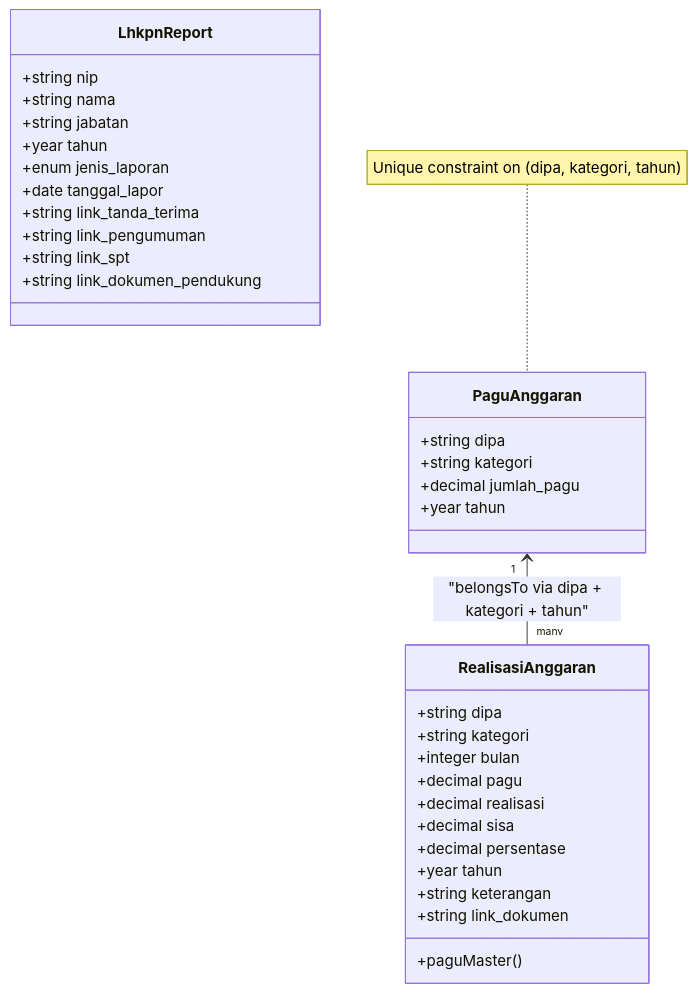
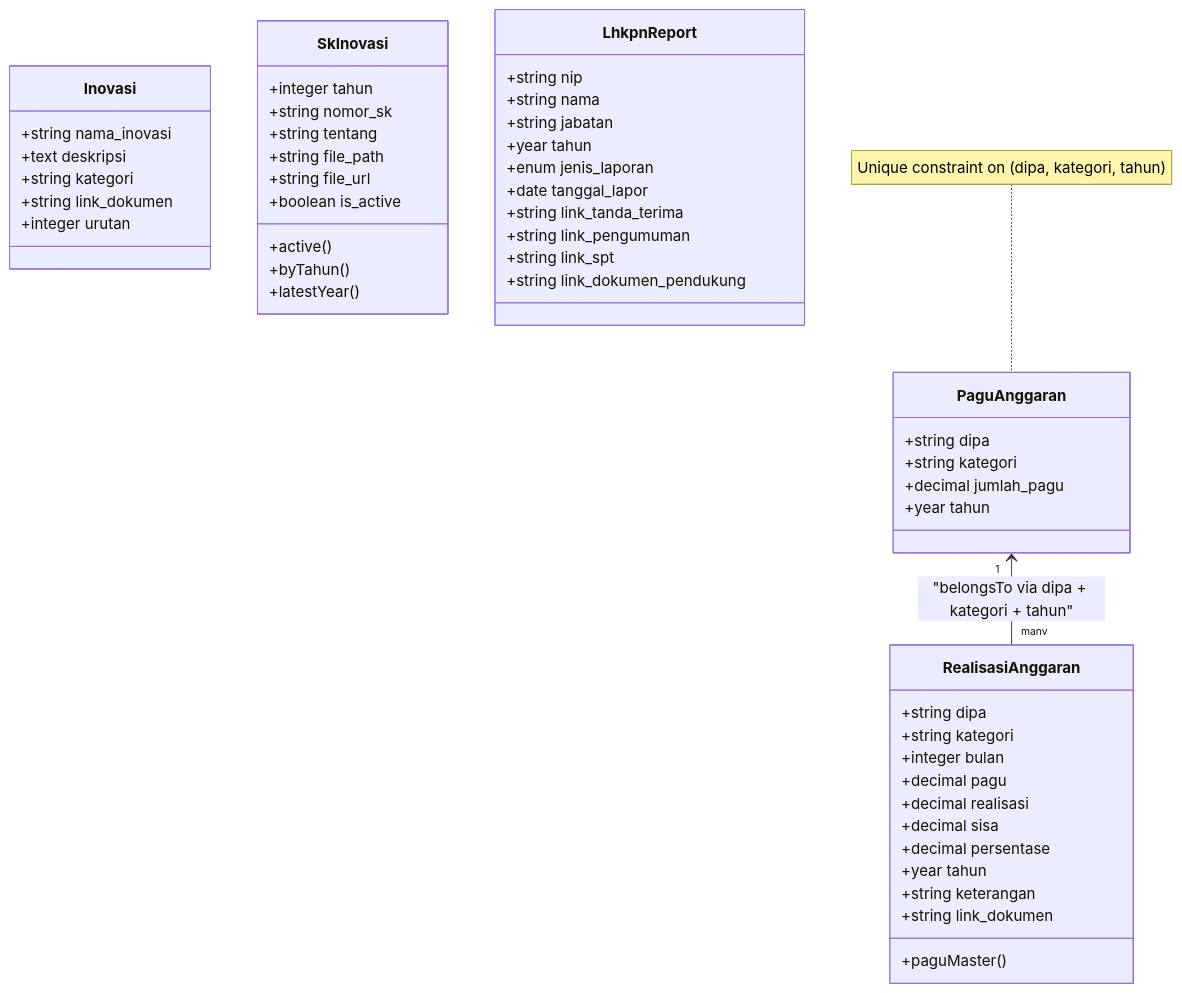
The second of 3 diagrams in .qoder/repowiki/en/content/Database Design/Core Models/Core Models.md (backuppapnj/api-web), drawn with Mermaid before and after one commit. The commit also changed other lines of this file and 13 other files, not shown here.

````diff
--- a/.qoder/repowiki/en/content/Database Design/Core Models/Core Models.md
+++ b/.qoder/repowiki/en/content/Database Design/Core Models/Core Models.md
@@ -141,36 +174,54 @@
 ```mermaid
 classDiagram
 class PaguAnggaran {
 +string dipa
 +string kategori
 +decimal jumlah_pagu
 +year tahun
 }
 class RealisasiAnggaran {
 +string dipa
 +string kategori
 +integer bulan
 +decimal pagu
 +decimal realisasi
 +decimal sisa
 +decimal persentase
 +year tahun
 +string keterangan
 +string link_dokumen
 +paguMaster()
 }
+class Inovasi {
++string nama_inovasi
++text deskripsi
++string kategori
++string link_dokumen
++integer urutan
+}
+class SkInovasi {
++integer tahun
++string nomor_sk
++string tentang
++string file_path
++string file_url
++boolean is_active
++active()
++byTahun()
++latestYear()
+}
 class LhkpnReport {
 +string nip
 +string nama
 +string jabatan
 +year tahun
 +enum jenis_laporan
 +date tanggal_lapor
 +string link_tanda_terima
 +string link_pengumuman
 +string link_spt
 +string link_dokumen_pendukung
 }
 PaguAnggaran "1" <-- "many" RealisasiAnggaran : "belongsTo via dipa + kategori + tahun"
 note for PaguAnggaran "Unique constraint on (dipa, kategori, tahun)"
 ```
````
